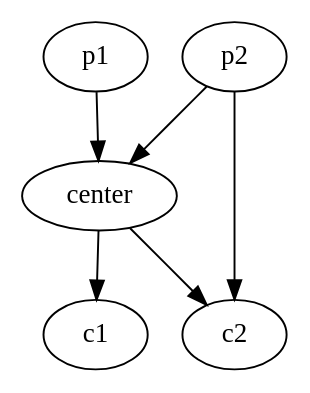
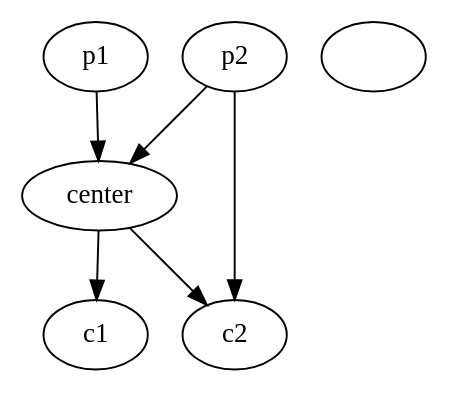
The diagram in examples_cbnets/dag2.dot (artiste-qb-net/quantum-fog), drawn with Graphviz before and after one commit. The commit also changed 8 other files, not shown here.

Commit message:
gave Graph, Dag, BayesNet a __deepcopy__

```diff
--- a/examples_cbnets/dag2.dot
+++ b/examples_cbnets/dag2.dot
@@ -1,12 +1,13 @@
-strict digraph G {
+strict digraph  {
 p1;
+center;
+c2;
 c1;
-c2;
 p2;
-center;
+"\n";
 p1 -> center;
+center -> c2;
+center -> c1;
+p2 -> center;
 p2 -> c2;
-p2 -> center;
-center -> c1;
-center -> c2;
 }
```
